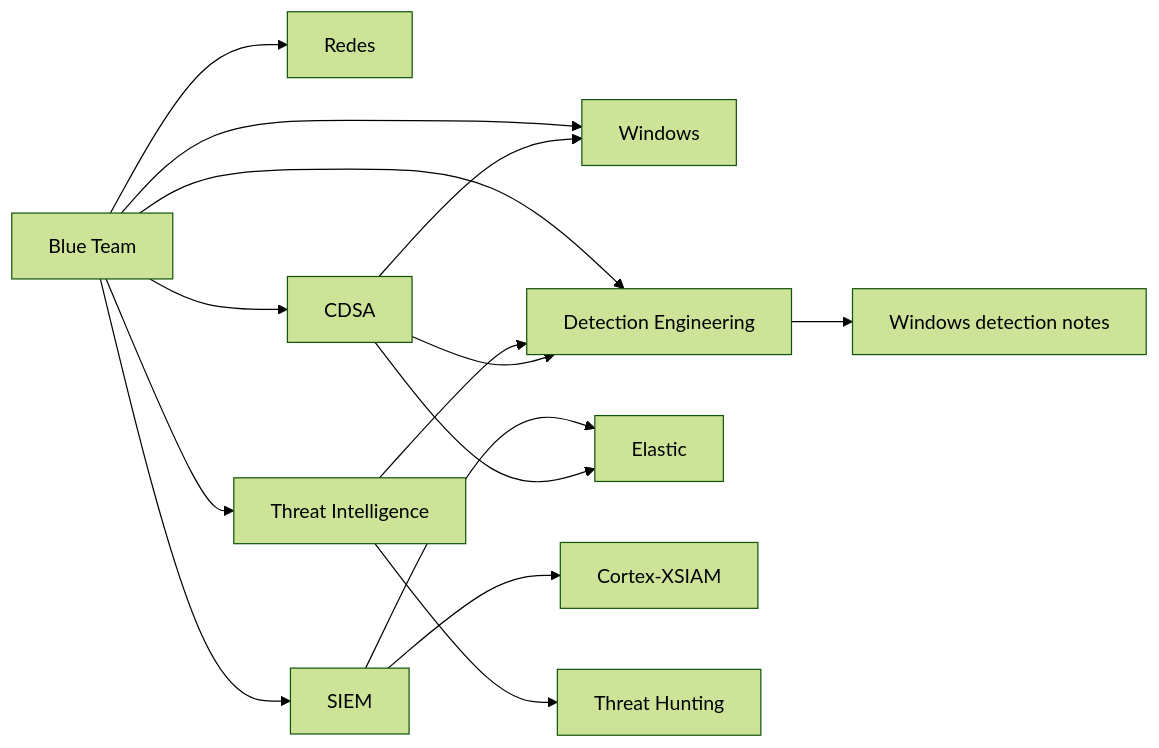
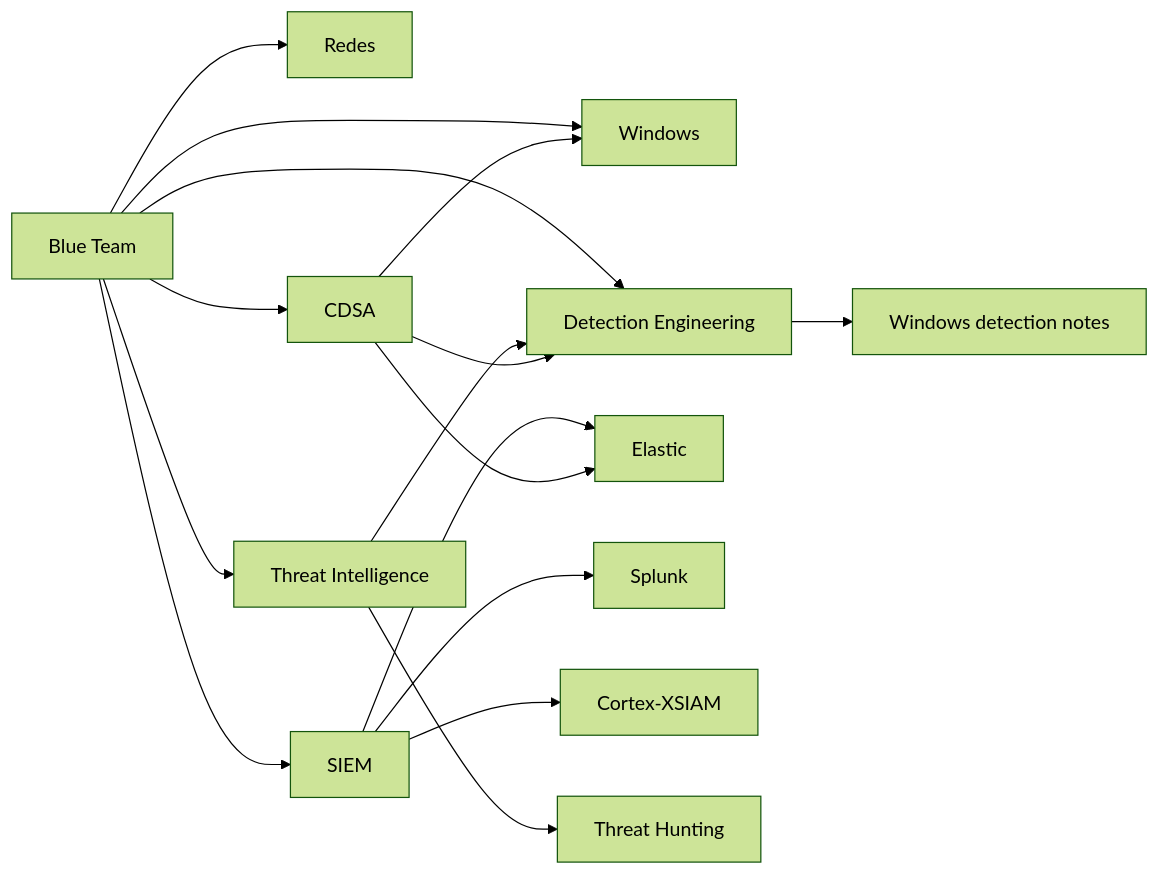
One commit to Serch1102/nucleo-tecnico changed the diagram in Blue-Team/Blue-Team.md. Above: the diagram before and after it, drawn with Mermaid (forest theme). The commit also changed other lines of this file and 7 other files, not shown here.

````diff
--- a/Blue-Team/Blue-Team.md
+++ b/Blue-Team/Blue-Team.md
@@ -18,17 +18,18 @@
 ```mermaid
 flowchart LR
   BT["Blue Team"] --> Redes["Redes"]
   BT --> Windows["Windows"]
   BT --> SIEM["SIEM"]
   BT --> CTI["Threat Intelligence"]
   BT --> DE["Detection Engineering"]
   BT --> CDSA["CDSA"]
   SIEM --> Elastic["Elastic"]
+  SIEM --> Splunk["Splunk"]
   SIEM --> XSIAM["Cortex-XSIAM"]
   CTI --> Hunt["Threat Hunting"]
   CTI --> DE
   CDSA --> Elastic
   CDSA --> Windows
   CDSA --> DE
   DE --> WindowsDE["Windows detection notes"]
 ```
````
